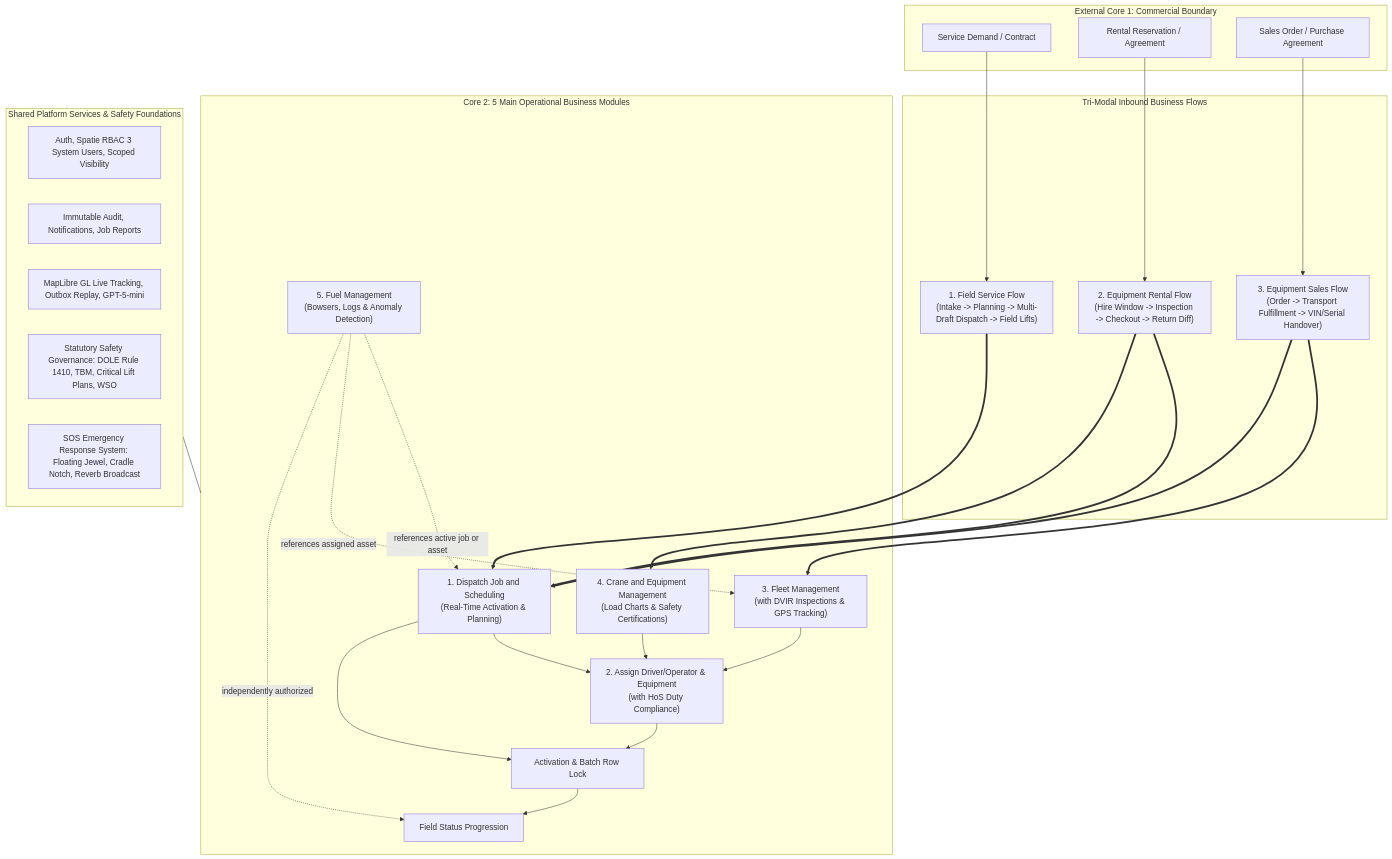
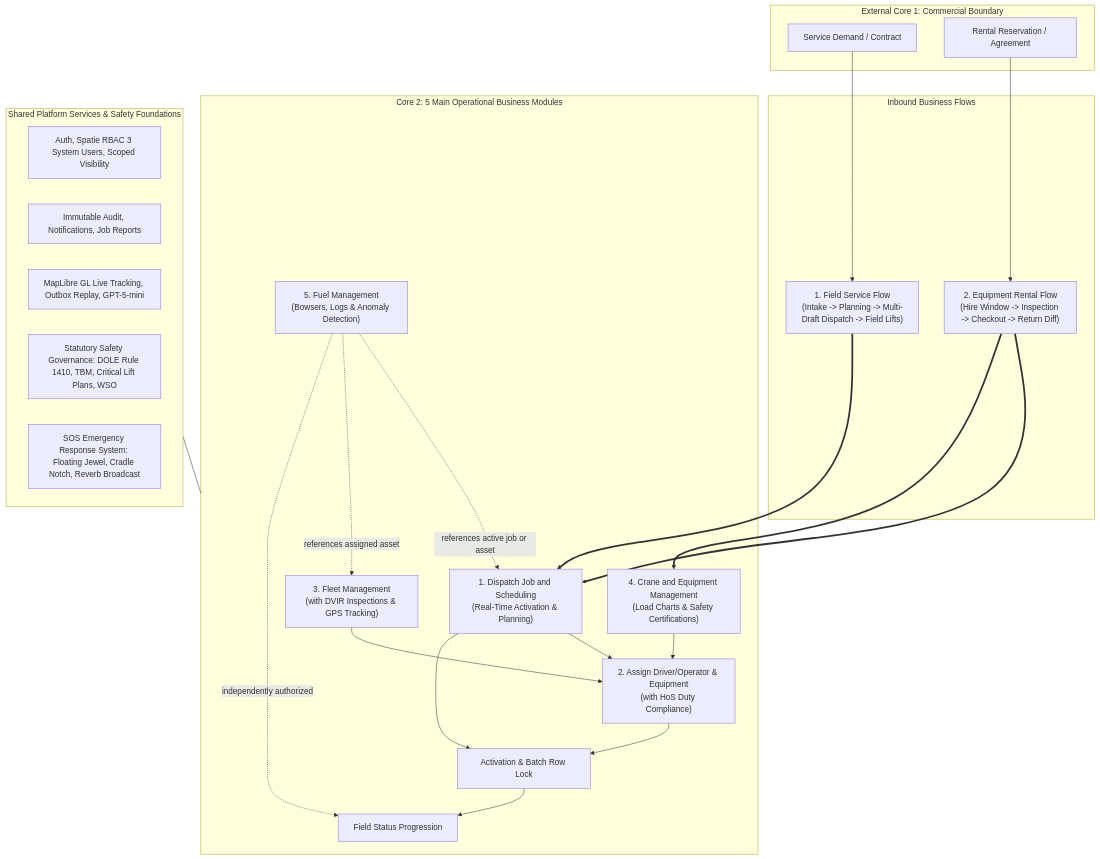
The first of 5 diagrams in Docs/design/Diagrams/module-boundary.md (Darktodoom123/Core-2), drawn with Mermaid before and after one commit. The commit also changed other lines of this file and 277 other files, not shown here.

````diff
--- a/Docs/design/Diagrams/module-boundary.md
+++ b/Docs/design/Diagrams/module-boundary.md
@@ -27,52 +27,47 @@
 ```mermaid
 flowchart TD
     subgraph C1[External Core 1: Commercial Boundary]
         C1_SVC["Service Demand / Contract"]
         C1_RNT["Rental Reservation / Agreement"]
-        C1_SAL["Sales Order / Purchase Agreement"]
     end
 
-    subgraph FLOWS[Tri-Modal Inbound Business Flows]
+    subgraph FLOWS[Inbound Business Flows]
         F_SVC["1. Field Service Flow\n(Intake -> Planning -> Multi-Draft Dispatch -> Field Lifts)"]
         F_RNT["2. Equipment Rental Flow\n(Hire Window -> Inspection -> Checkout -> Return Diff)"]
-        F_SAL["3. Equipment Sales Flow\n(Order -> Transport Fulfillment -> VIN/Serial Handover)"]
     end
 
     C1_SVC --> F_SVC
     C1_RNT --> F_RNT
-    C1_SAL --> F_SAL
 
     subgraph CORE_MODULES[Core 2: 5 Main Operational Business Modules]
         D["1. Dispatch Job and Scheduling\n(Real-Time Activation & Planning)"]
         A["2. Assign Driver/Operator & Equipment\n(with HoS Duty Compliance)"]
         F["3. Fleet Management\n(with DVIR Inspections & GPS Tracking)"]
         C["4. Crane and Equipment Management\n(Load Charts & Safety Certifications)"]
         U["5. Fuel Management\n(Bowsers, Logs & Anomaly Detection)"]
 
         D --> A
         F --> A
         C --> A
         A --> X[Activation & Batch Row Lock]
         D --> X
         X --> P[Field Status Progression]
         U -. references active job or asset .-> D
         U -. references assigned asset .-> F
         U -. independently authorized .-> P
     end
 
     F_SVC ==> D
     F_RNT ==> D
     F_RNT ==> C
-    F_SAL ==> F
-    F_SAL ==> D
 
     subgraph SHARED[Shared Platform Services & Safety Foundations]
         S1[Auth, Spatie RBAC 3 System Users, Scoped Visibility]
         S2[Immutable Audit, Notifications, Job Reports]
         S3[MapLibre GL Live Tracking, Outbox Replay, GPT-5-mini]
         S4[Statutory Safety Governance: DOLE Rule 1410, TBM, Critical Lift Plans, WSO]
         S5[SOS Emergency Response System: Floating Jewel, Cradle Notch, Reverb Broadcast]
     end
 
     SHARED --- CORE_MODULES
 ```
````
